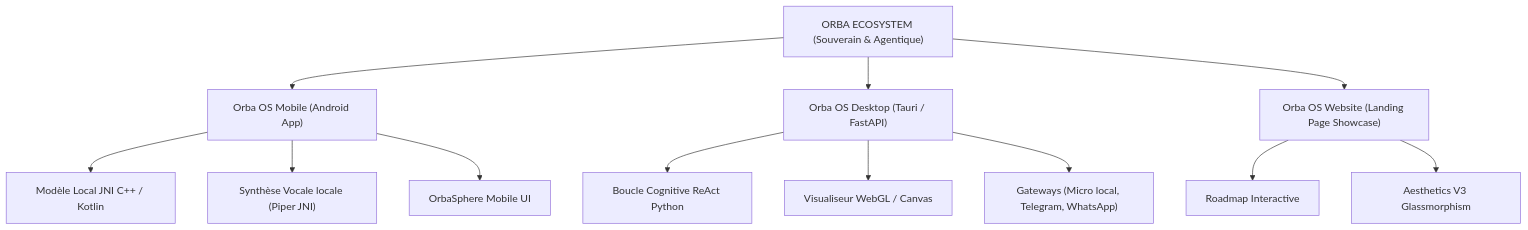
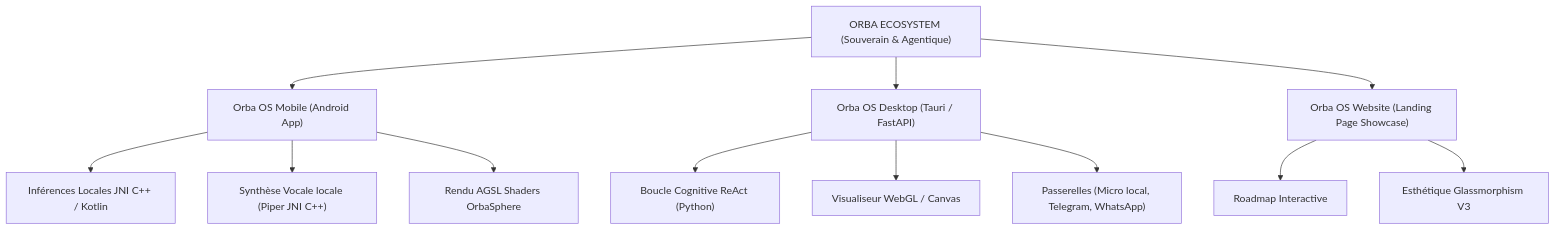
One commit to AlexKoncept/ORBA_OS changed the second of 2 diagrams in ORBA_ECOSYSTEM.md. Above: the diagram before and after it, drawn with Mermaid. The commit also changed other lines of this file and 3 other files, not shown here.

````diff
--- a/ORBA_ECOSYSTEM.md
+++ b/ORBA_ECOSYSTEM.md
@@ -11,17 +172,17 @@
 ```mermaid
 graph TD
     A["ORBA ECOSYSTEM (Souverain & Agentique)"] --> B["Orba OS Mobile (Android App)"]
     A --> C["Orba OS Desktop (Tauri / FastAPI)"]
     A --> D["Orba OS Website (Landing Page Showcase)"]
 
-    B --> B1["Modèle Local JNI C++ / Kotlin"]
-    B --> B2["Synthèse Vocale locale (Piper JNI)"]
-    B --> B3["OrbaSphere Mobile UI"]
+    B --> B1["Inférences Locales JNI C++ / Kotlin"]
+    B --> B2["Synthèse Vocale locale (Piper JNI C++)"]
+    B --> B3["Rendu AGSL Shaders OrbaSphere"]
 
-    C --> C1["Boucle Cognitive ReAct Python"]
+    C --> C1["Boucle Cognitive ReAct (Python)"]
     C --> C2["Visualiseur WebGL / Canvas"]
-    C --> C3["Gateways (Micro local, Telegram, WhatsApp)"]
+    C --> C3["Passerelles (Micro local, Telegram, WhatsApp)"]
 
     D --> D1["Roadmap Interactive"]
-    D --> D2["Aesthetics V3 Glassmorphism"]
+    D --> D2["Esthétique Glassmorphism V3"]
 ```
````
